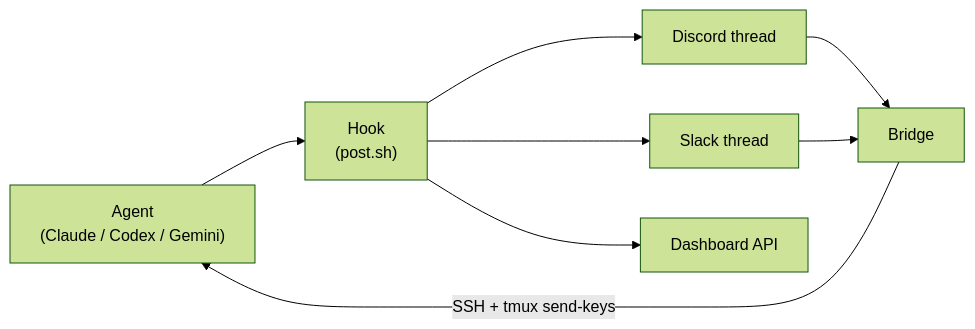
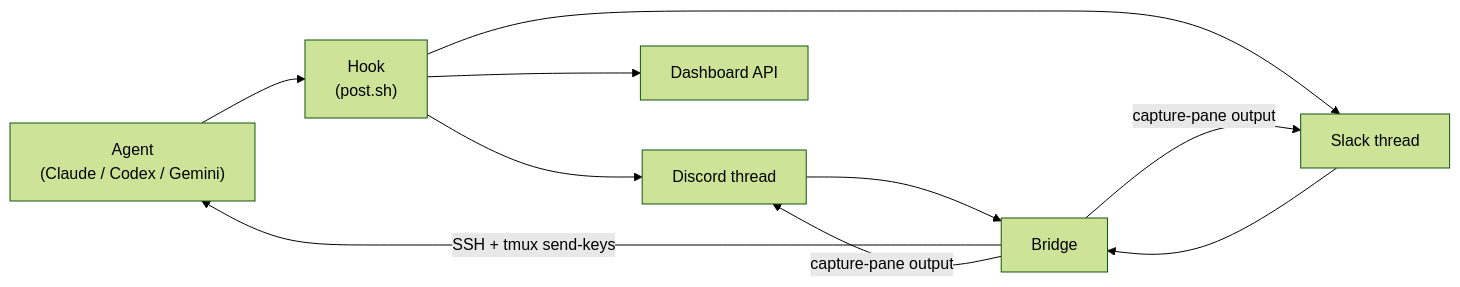
One commit to jiunbae/aily changed the diagram in README.md. Above: the diagram before and after it, drawn with Mermaid (forest theme). The commit also changed other lines of this file, not shown here.

Commit message:
docs: add shell output capture, THREAD_CLEANUP, and auth to README

````diff
--- a/README.md
+++ b/README.md
@@ -132,11 +133,13 @@
 ```mermaid
 flowchart LR
     A["Agent\n(Claude / Codex / Gemini)"] --> B["Hook\n(post.sh)"]
     B --> C["Discord thread"]
     B --> D["Slack thread"]
     B --> E["Dashboard API"]
 
     C --> F["Bridge"]
     D --> F
     F -->|"SSH + tmux send-keys"| A
+    F -->|"capture-pane output"| C
+    F -->|"capture-pane output"| D
 ```
````
